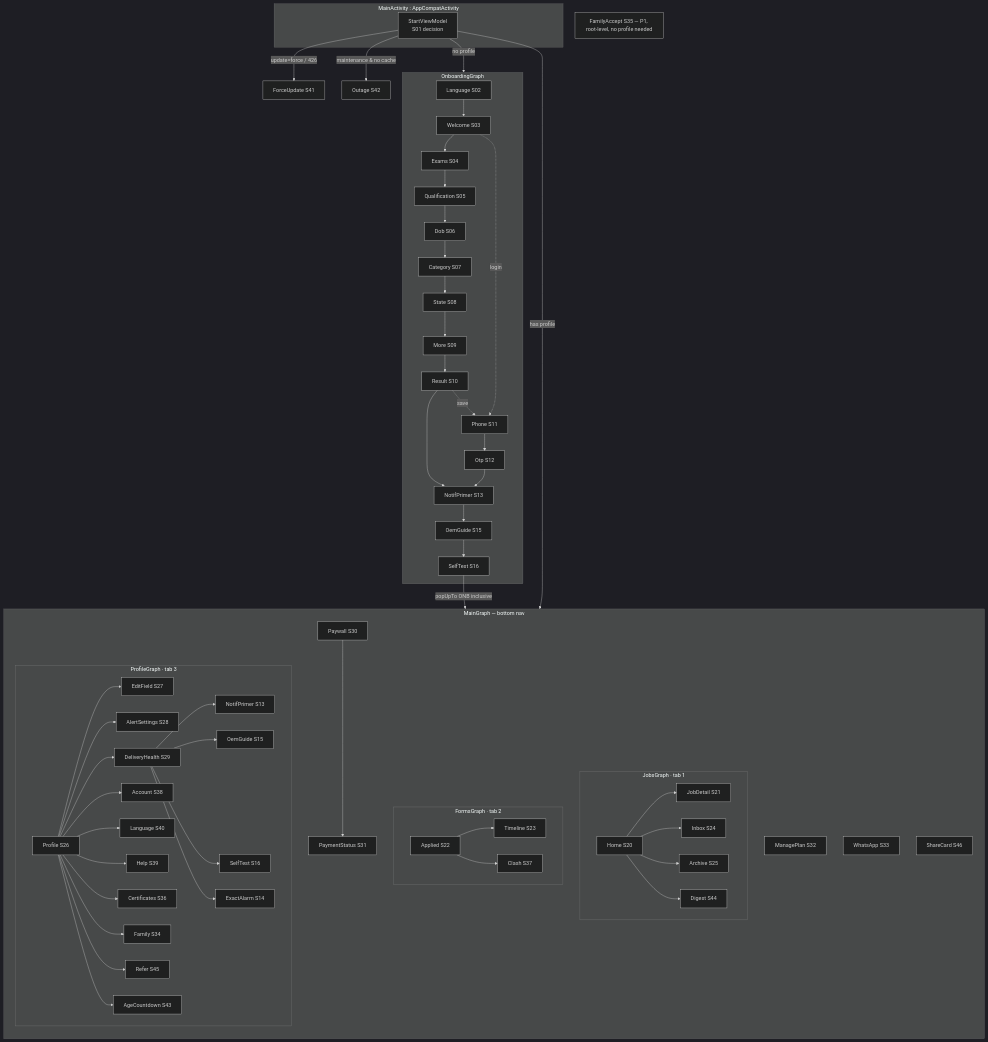
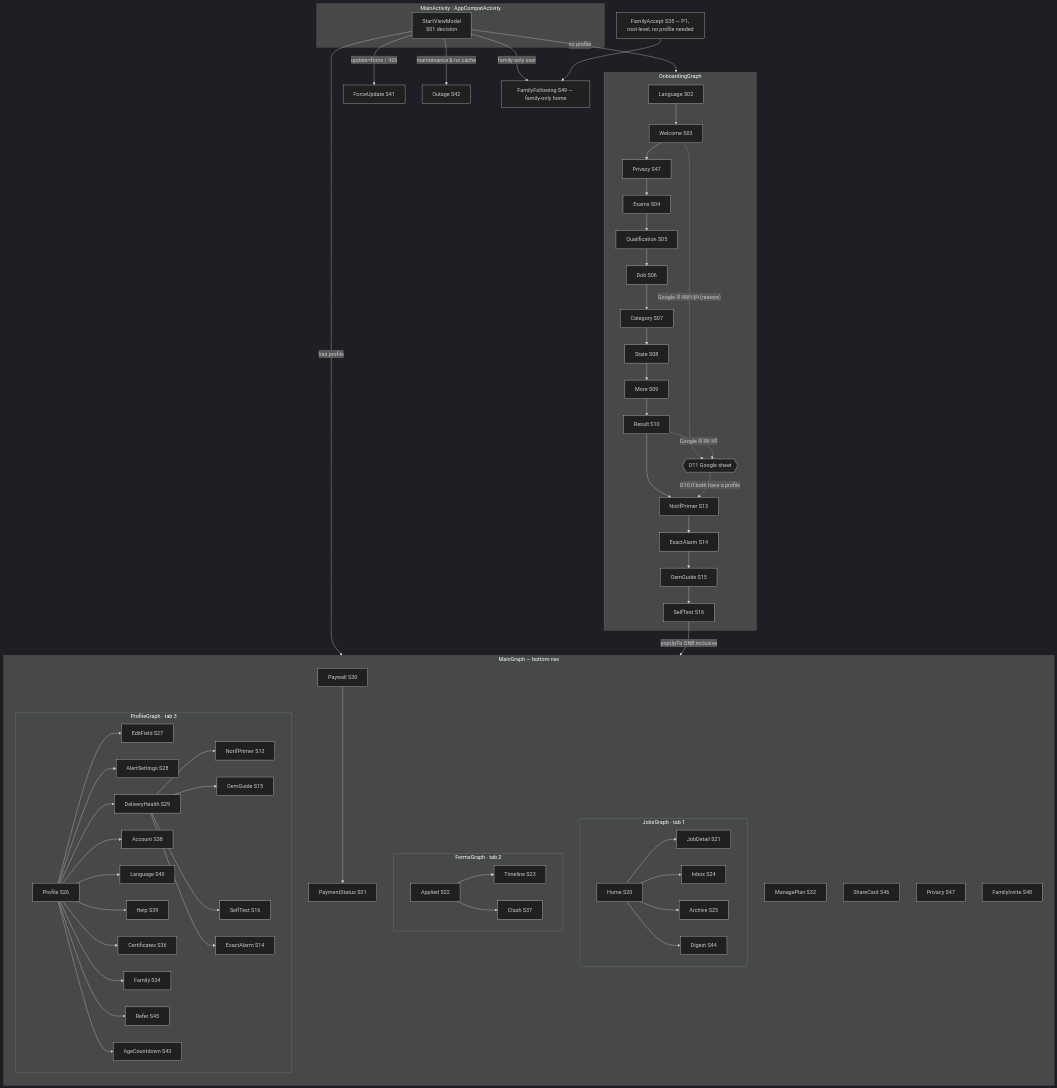
The diagram in docs/frontend/navigation.md (amanroy3901/job-vac), drawn with Mermaid (dark theme) before and after one commit. The commit also changed other lines of this file and 9 other files, not shown here.

First line of the commit message:
Architecture: on-device matching, Google/guest auth, Play Billing only, no WhatsApp

````diff
--- a/docs/frontend/navigation.md
+++ b/docs/frontend/navigation.md
@@ -19,40 +19,43 @@
 ```mermaid
 flowchart TB
   subgraph Activity[MainActivity : AppCompatActivity]
     SVM[StartViewModel<br/>S01 decision]
   end
   SVM -->|update=force / 426| FU[ForceUpdate S41]
   SVM -->|maintenance & no cache| OUT[Outage S42]
   SVM -->|no profile| ONB
   SVM -->|has profile| MAIN
+  SVM -->|family-only user| FOL
 
   subgraph ONB[OnboardingGraph]
-    L[Language S02] --> W[Welcome S03] --> E[Exams S04] --> Q[Qualification S05] --> DOB[Dob S06] --> C[Category S07] --> ST[State S08] --> M[More S09] --> R[Result S10]
-    W -. login .-> PH
-    R --> NP[NotifPrimer S13] --> OEM[OemGuide S15] --> T[SelfTest S16]
-    R -. save .-> PH[Phone S11] --> OTP[Otp S12] --> NP
+    L[Language S02] --> W[Welcome S03] --> PRV[Privacy S47] --> E[Exams S04] --> Q[Qualification S05] --> DOB[Dob S06] --> C[Category S07] --> ST[State S08] --> M[More S09] --> R[Result S10]
+    W -. "Google से साइन इन (restore)" .-> GS{{O11 Google sheet}}
+    R --> NP[NotifPrimer S13] --> EXA[ExactAlarm S14] --> OEM[OemGuide S15] --> T[SelfTest S16]
+    R -. "Google से सेव करें" .-> GS
+    GS -. "D10 if both have a profile" .-> NP
   end
   T -->|popUpTo ONB inclusive| MAIN
 
   subgraph MAIN[MainGraph — bottom nav]
     direction TB
     subgraph JOBS[JobsGraph · tab 1]
       H[Home S20] --> JD[JobDetail S21]
       H --> IN[Inbox S24] & AR[Archive S25] & DG[Digest S44]
     end
     subgraph FORMS[FormsGraph · tab 2]
       AP[Applied S22] --> TL[Timeline S23]
       AP --> CL[Clash S37]
     end
     subgraph PROF[ProfileGraph · tab 3]
       P[Profile S26] --> PE[EditField S27] & AS[AlertSettings S28] & DH[DeliveryHealth S29] & ACC[Account S38] & LANG[Language S40] & HELP[Help S39]
       P --> CERT[Certificates S36] & FAM[Family S34] & REF[Refer S45] & AGE[AgeCountdown S43]
       DH --> NP2[NotifPrimer S13] & OEM2[OemGuide S15] & T2[SelfTest S16] & EA[ExactAlarm S14]
     end
     PW[Paywall S30] --> PS[PaymentStatus S31]
     MP[ManagePlan S32]
-    WA[WhatsApp S33]
     SC[ShareCard S46]
+    PRV2[Privacy S47]
+    FINV[FamilyInvite S48]
   end
-  FI[FamilyAccept S35 — P1, root-level, no profile needed]
+  FI[FamilyAccept S35 — P1, root-level, no profile needed] --> FOL[FamilyFollowing S49 — family-only home]
 ```
````
